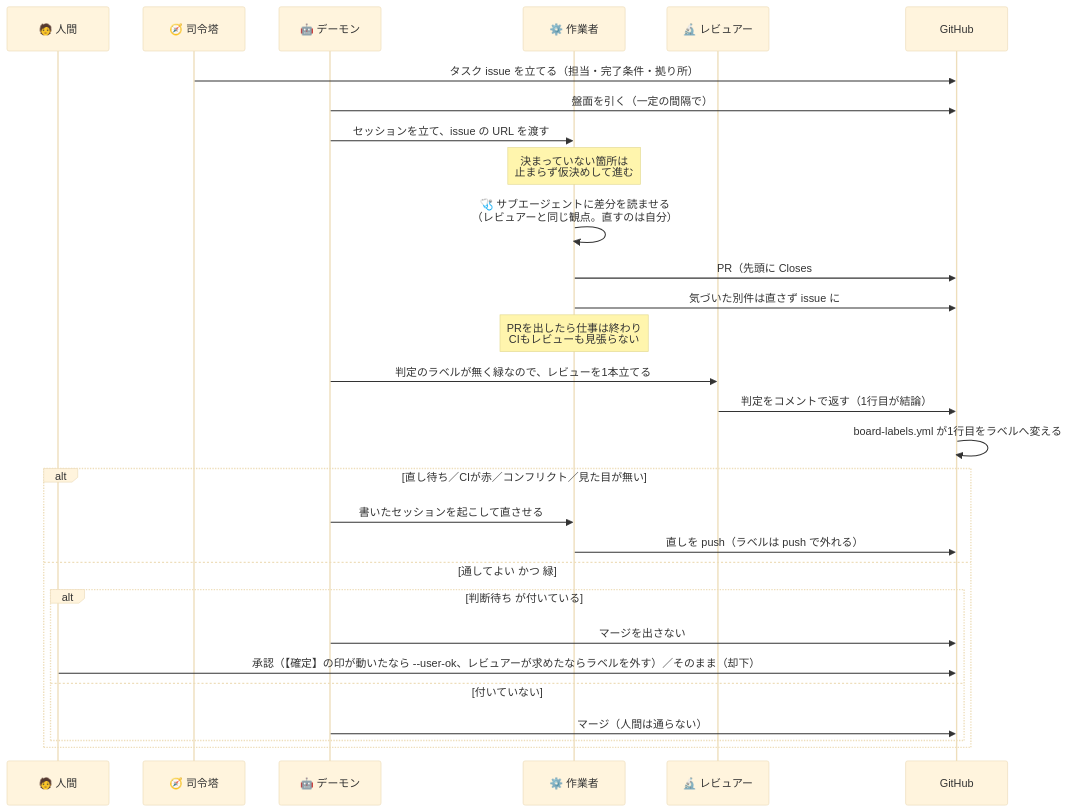
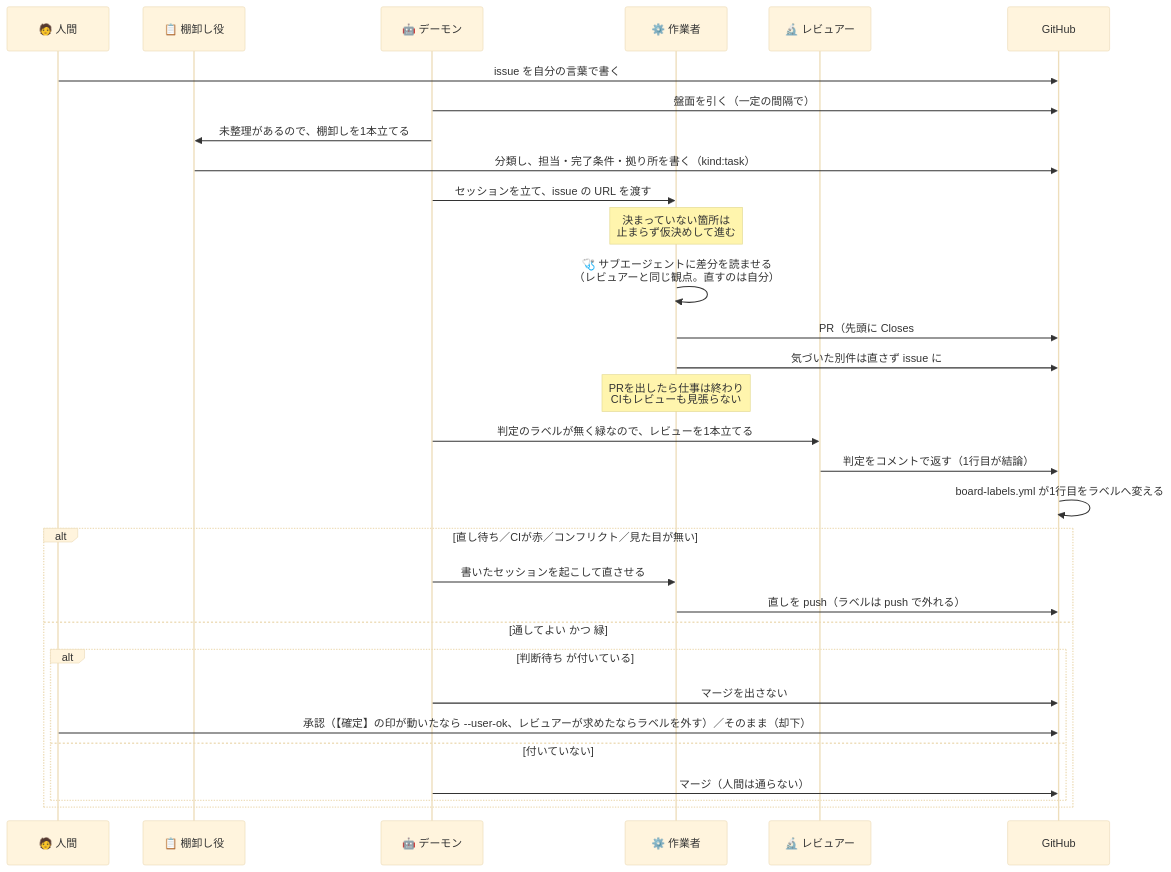
One commit to gooyyu1/UnmappedIsland changed the third of 5 diagrams in docs/ParallelAgents.md. Above: the diagram before and after it, drawn with Mermaid (base theme). The commit also changed other lines of this file and 13 other files, not shown here.

````diff
--- a/docs/ParallelAgents.md
+++ b/docs/ParallelAgents.md
@@ -215,33 +205,35 @@
 ```mermaid
 sequenceDiagram
     participant H as 🧑 人間
-    participant C as 🧭 司令塔
+    participant T as 📋 棚卸し役
     participant D as 🤖 デーモン
     participant W as ⚙️ 作業者
     participant R as 🔬 レビュアー
     participant G as GitHub
 
-    C->>G: タスク issue を立てる（担当・完了条件・拠り所）
+    H->>G: issue を自分の言葉で書く
     D->>G: 盤面を引く（一定の間隔で）
+    D->>T: 未整理があるので、棚卸しを1本立てる
+    T->>G: 分類し、担当・完了条件・拠り所を書く（kind:task）
     D->>W: セッションを立て、issue の URL を渡す
     Note over W: 決まっていない箇所は<br/>止まらず仮決めして進む
     W->>W: 🩺 サブエージェントに差分を読ませる<br/>（レビュアーと同じ観点。直すのは自分）
     W->>G: PR（先頭に Closes #N と ## 仮決め）
     W->>G: 気づいた別件は直さず issue に
     Note over W: PRを出したら仕事は終わり<br/>CIもレビューも見張らない
     D->>R: 判定のラベルが無く緑なので、レビューを1本立てる
     R->>G: 判定をコメントで返す（1行目が結論）
     G->>G: board-labels.yml が1行目をラベルへ変える
 
     alt 直し待ち／CIが赤／コンフリクト／見た目が無い
         D->>W: 書いたセッションを起こして直させる
         W->>G: 直しを push（ラベルは push で外れる）
     else 通してよい かつ 緑
         alt 判断待ち が付いている
             D->>G: マージを出さない
             H->>G: 承認（【確定】の印が動いたなら --user-ok、レビュアーが求めたならラベルを外す）／そのまま（却下）
         else 付いていない
             D->>G: マージ（人間は通らない）
         end
     end
 ```
````
